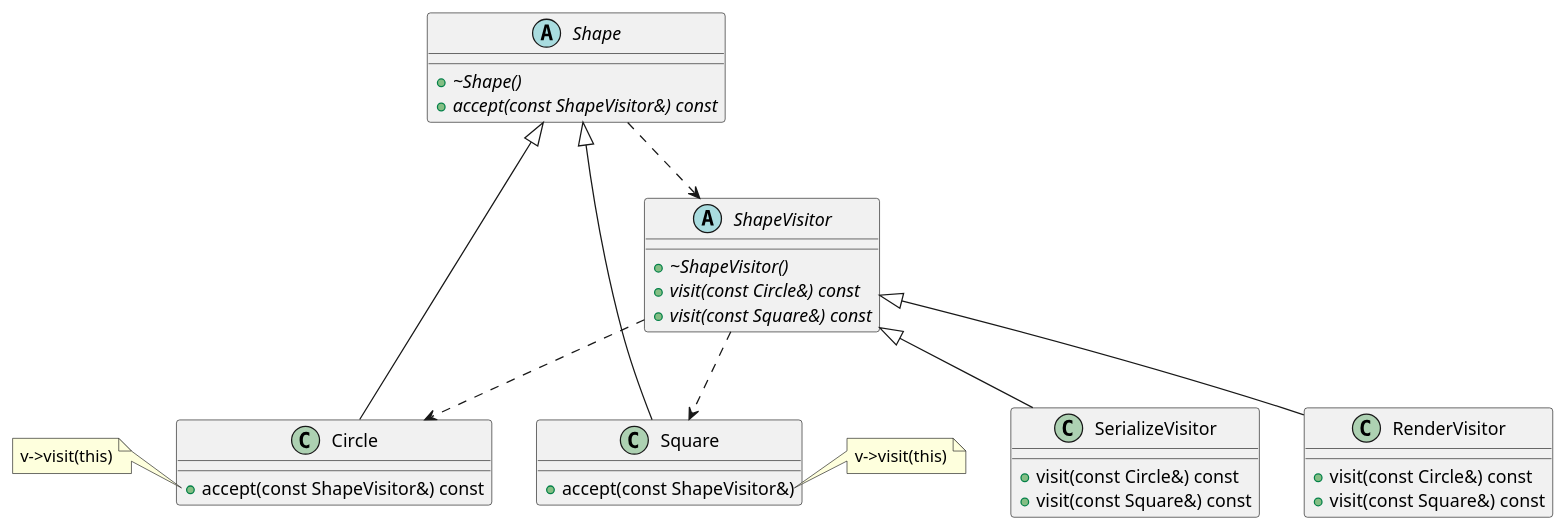
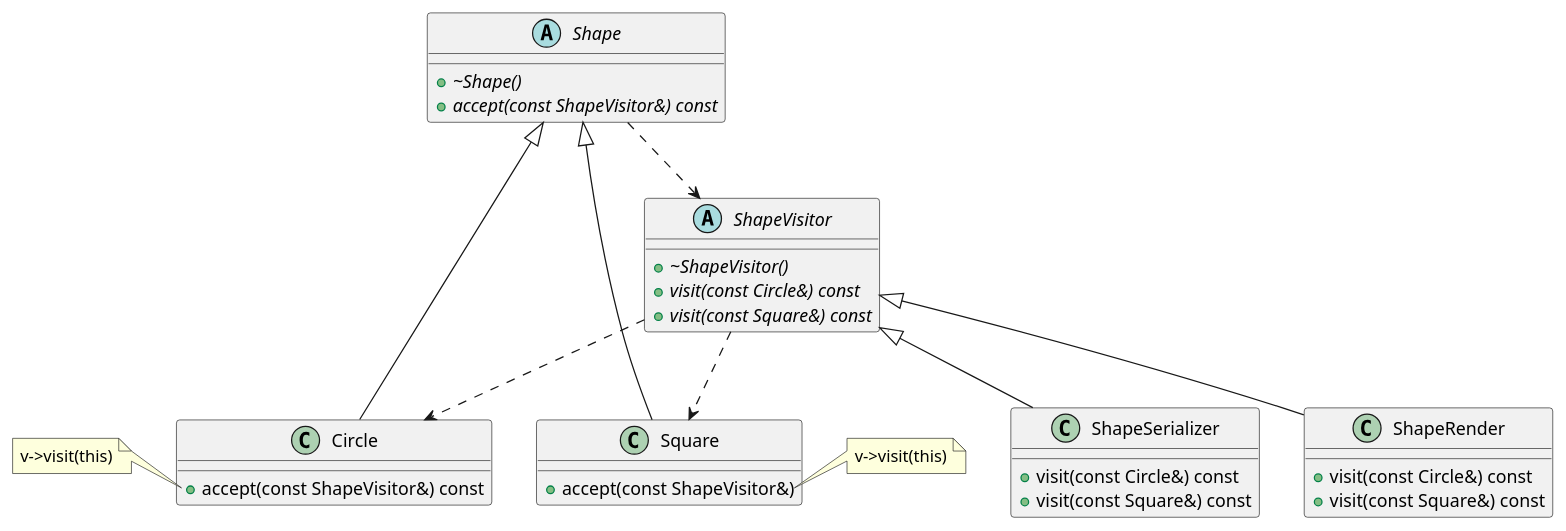
The diagram in software_design/visitor_pattern/classic_version/visitor.puml (mirinta/cpp_learning), drawn with PlantUML before and after one commit. The commit also changed 15 other files, not shown here.

```diff
--- a/software_design/visitor_pattern/classic_version/visitor.puml
+++ b/software_design/visitor_pattern/classic_version/visitor.puml
@@ -1,50 +1,50 @@
 @startuml
 
 abstract class ShapeVisitor {
   + {abstract} ~ShapeVisitor()
   + {abstract} visit(const Circle&) const
   + {abstract} visit(const Square&) const
 }
 
 abstract class Shape {
   + {abstract} ~Shape()
   + {abstract} accept(const ShapeVisitor&) const
 }
 
 class Circle {
   + accept(const ShapeVisitor&) const
 }
 
 class Square {
   + accept(const ShapeVisitor&)
 }
 
-class SerializeVisitor {
+class ShapeSerializer {
   + visit(const Circle&) const
   + visit(const Square&) const
 }
 
-class RenderVisitor {
+class ShapeRender {
   + visit(const Circle&) const
   + visit(const Square&) const
 }
 
 Shape <|-- Circle
 Shape <|-- Square
 
-ShapeVisitor <|-- SerializeVisitor
-ShapeVisitor <|-- RenderVisitor
+ShapeVisitor <|-- ShapeSerializer
+ShapeVisitor <|-- ShapeRender
 
 Shape ..> ShapeVisitor
 ShapeVisitor ..> Circle
 ShapeVisitor ..> Square
 
 note left of Circle::accept
     v->visit(this)
 end note
 
 note right of Square::accept
     v->visit(this)
 end note
 
 @enduml
```
